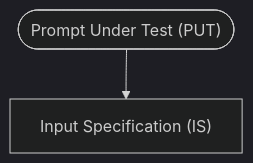
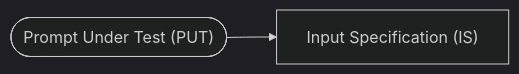
One commit to microsoft/promptpex changed the second of 5 diagrams in docs/src/content/docs/reference/example.md. Above: the diagram before and after it, drawn with Mermaid (dark theme). The commit also changed other lines of this file and 8 other files, not shown here.

````diff
--- a/docs/src/content/docs/reference/example.md
+++ b/docs/src/content/docs/reference/example.md
@@ -24,7 +30,7 @@
 ```mermaid
-graph TD
+graph LR
     PUT(["Prompt Under Test (PUT)"])
     IS["Input Specification (IS)"]
 
     PUT --> IS
 ```
````
